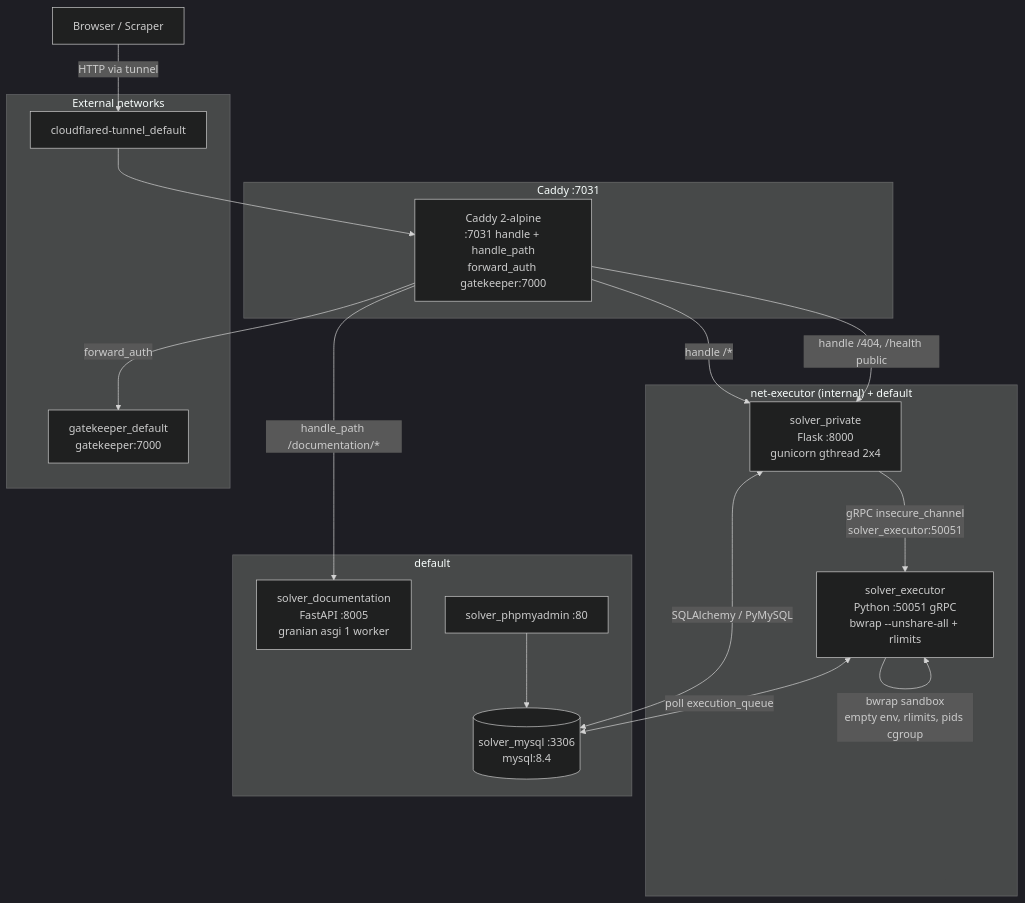
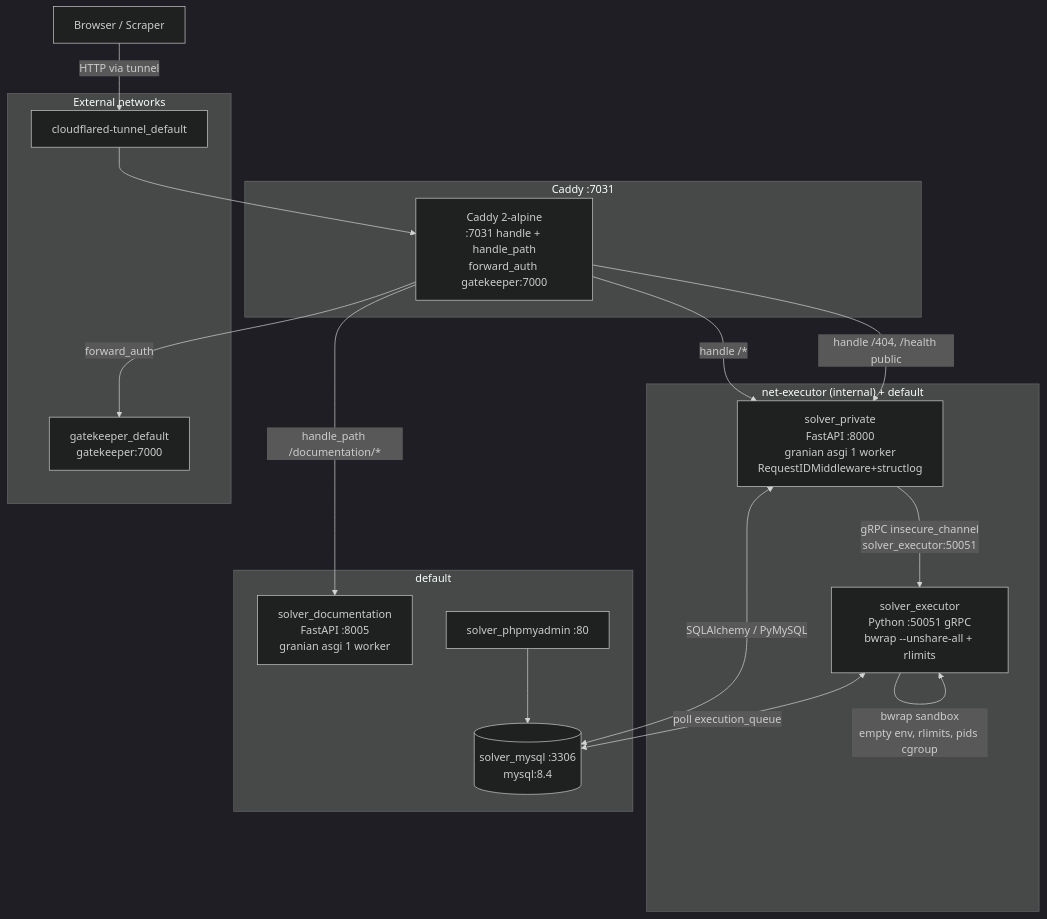
Before and after one commit to NovaProtocol/PracticeForge: the diagram in documentation/docs/architecture.md, drawn with Mermaid (dark theme). The commit also changed other lines of this file and 29 other files, not shown here.

Commit message:
feat(solver): migrate to FastAPI+granian and standardize errors

````diff
--- a/documentation/docs/architecture.md
+++ b/documentation/docs/architecture.md
@@ -7,37 +7,37 @@
 ```mermaid
 graph TB
     U["Browser / Scraper"]
 
     subgraph "Caddy :7031"
         CADDY["Caddy 2-alpine<br/>:7031 handle + handle_path<br/>forward_auth gatekeeper:7000"]
     end
 
     subgraph "net-executor (internal) + default"
-        SOLVER["solver_private<br/>Flask :8000<br/>gunicorn gthread 2x4"]
+        SOLVER["solver_private<br/>FastAPI :8000<br/>granian asgi 1 worker<br/>RequestIDMiddleware+structlog"]
         EXEC["solver_executor<br/>Python :50051 gRPC<br/>bwrap --unshare-all + rlimits"]
     end
 
     subgraph "default"
         DOCS["solver_documentation<br/>FastAPI :8005<br/>granian asgi 1 worker"]
         DB[("solver_mysql :3306<br/>mysql:8.4")]
         PMA["solver_phpmyadmin :80"]
     end
 
     subgraph "External networks"
         GK["gatekeeper_default<br/>gatekeeper:7000"]
         TUN["cloudflared-tunnel_default"]
     end
 
     U -->|"HTTP via tunnel"| TUN
     TUN --> CADDY
     CADDY -->|"forward_auth"| GK
     CADDY -->|"handle /*"| SOLVER
     CADDY -->|"handle_path /documentation/*"| DOCS
     CADDY -->|"handle /404, /health public"| SOLVER
 
     SOLVER -->|"gRPC insecure_channel<br/>solver_executor:50051"| EXEC
     SOLVER <-->|"SQLAlchemy / PyMySQL"| DB
     EXEC <-->|"poll execution_queue"| DB
     EXEC -->|"bwrap sandbox<br/>empty env, rlimits, pids cgroup"| EXEC
     PMA --> DB
 ```
````
